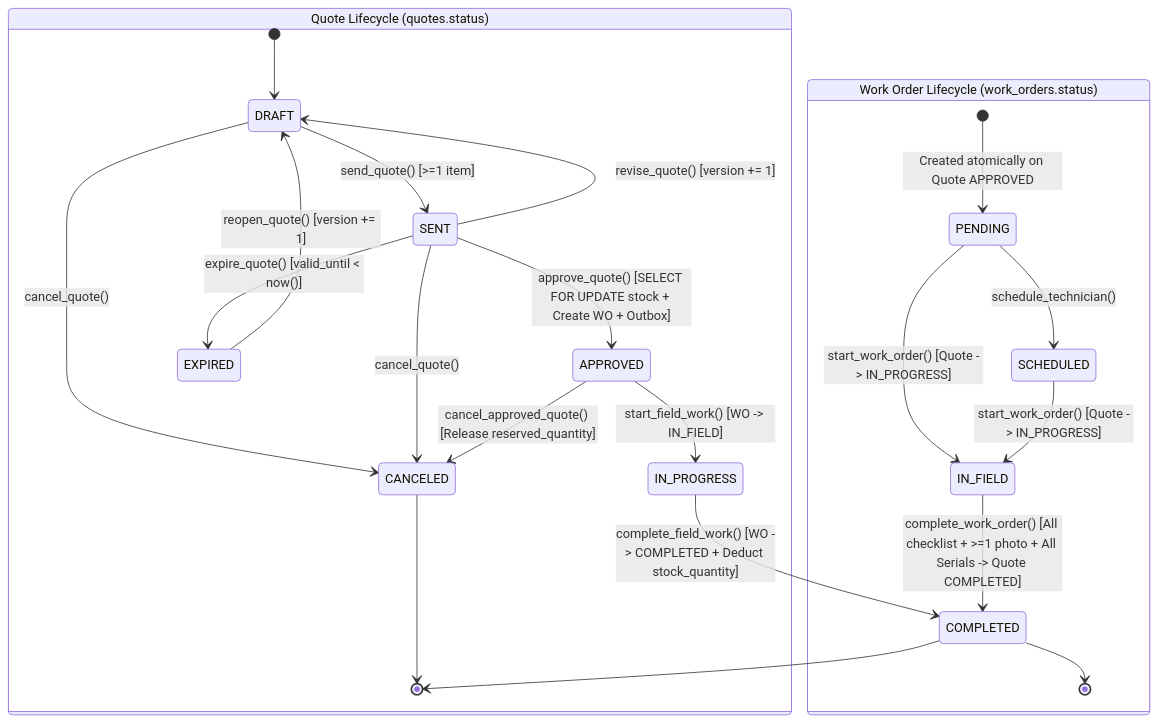
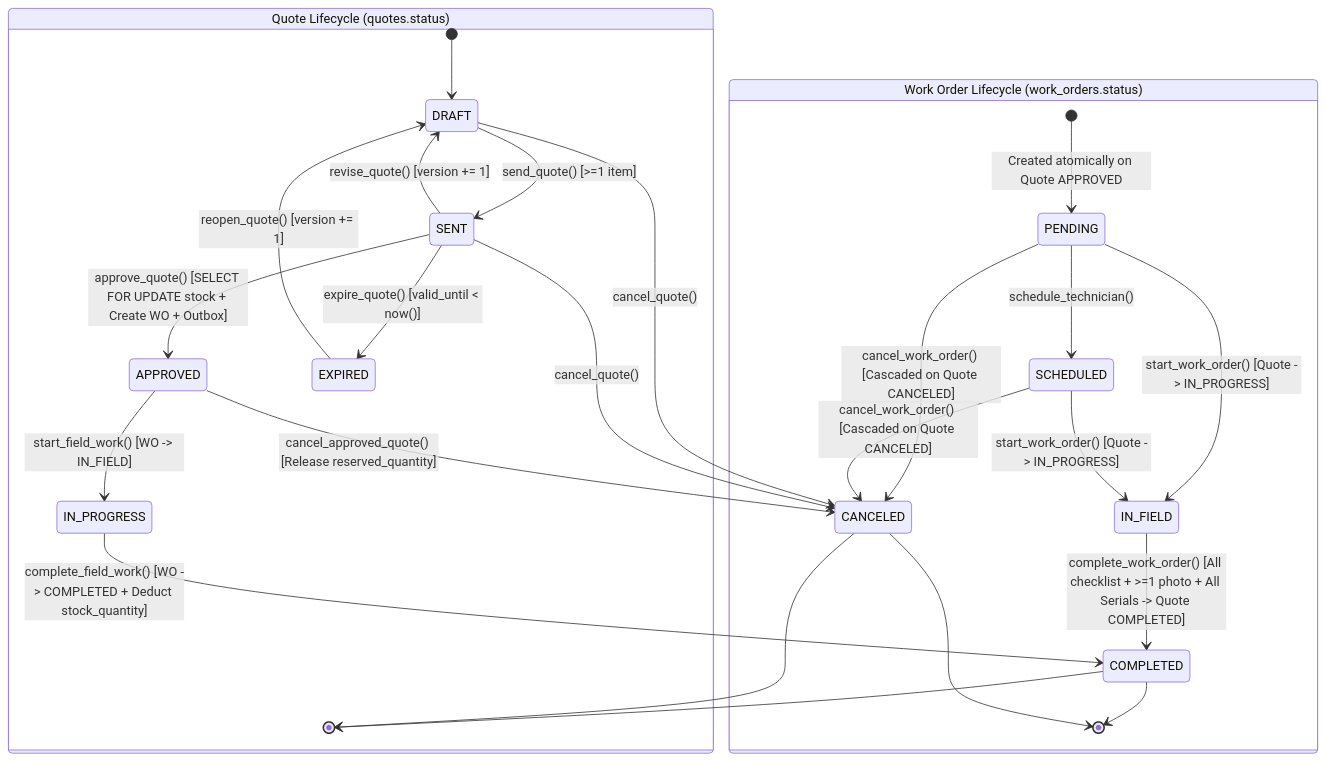
One commit to munraitoo13/bravo-erp changed the second of 2 diagrams in SPEC.md. Above: the diagram before and after it, drawn with Mermaid. The commit also changed other lines of this file and 11 other files, not shown here.

````diff
--- a/SPEC.md
+++ b/SPEC.md
@@ -670,29 +670,32 @@
 ```mermaid
 stateDiagram-v2
     direction TB
 
     state "Quote Lifecycle (quotes.status)" as QuoteSM {
         [*] --> DRAFT
         DRAFT --> SENT : send_quote() [>=1 item]
         DRAFT --> CANCELED : cancel_quote()
         SENT --> APPROVED : approve_quote() [SELECT FOR UPDATE stock + Create WO + Outbox]
         SENT --> DRAFT : revise_quote() [version += 1]
         SENT --> EXPIRED : expire_quote() [valid_until < now()]
         SENT --> CANCELED : cancel_quote()
         APPROVED --> IN_PROGRESS : start_field_work() [WO -> IN_FIELD]
         APPROVED --> CANCELED : cancel_approved_quote() [Release reserved_quantity]
         IN_PROGRESS --> COMPLETED : complete_field_work() [WO -> COMPLETED + Deduct stock_quantity]
         EXPIRED --> DRAFT : reopen_quote() [version += 1]
         COMPLETED --> [*]
         CANCELED --> [*]
     }
 
     state "Work Order Lifecycle (work_orders.status)" as WOSM {
         [*] --> PENDING : Created atomically on Quote APPROVED
         PENDING --> SCHEDULED : schedule_technician()
         PENDING --> IN_FIELD : start_work_order() [Quote -> IN_PROGRESS]
+        PENDING --> CANCELED : cancel_work_order() [Cascaded on Quote CANCELED]
         SCHEDULED --> IN_FIELD : start_work_order() [Quote -> IN_PROGRESS]
+        SCHEDULED --> CANCELED : cancel_work_order() [Cascaded on Quote CANCELED]
         IN_FIELD --> COMPLETED : complete_work_order() [All checklist + >=1 photo + All Serials -> Quote COMPLETED]
         COMPLETED --> [*]
+        CANCELED --> [*]
     }
 ```
````
